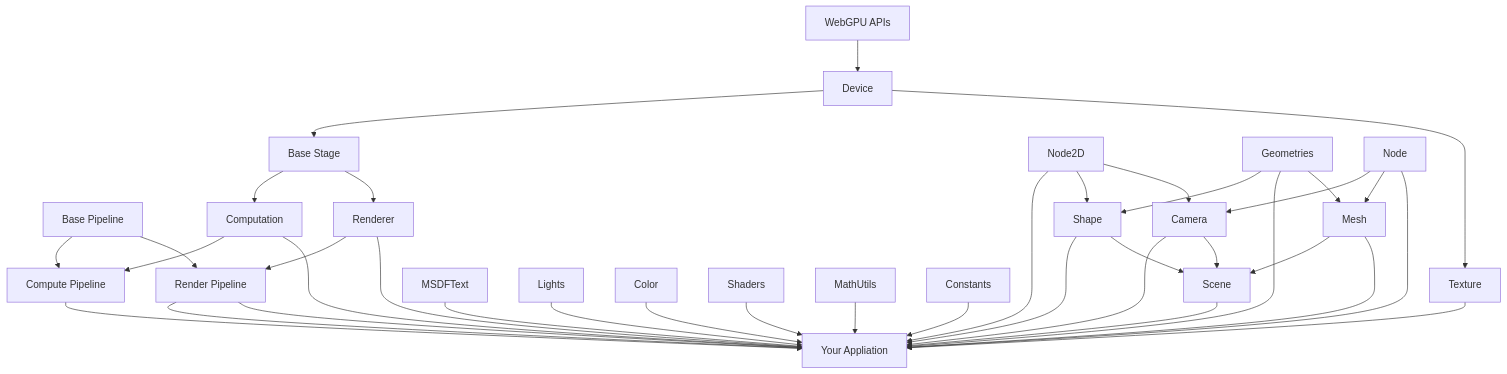
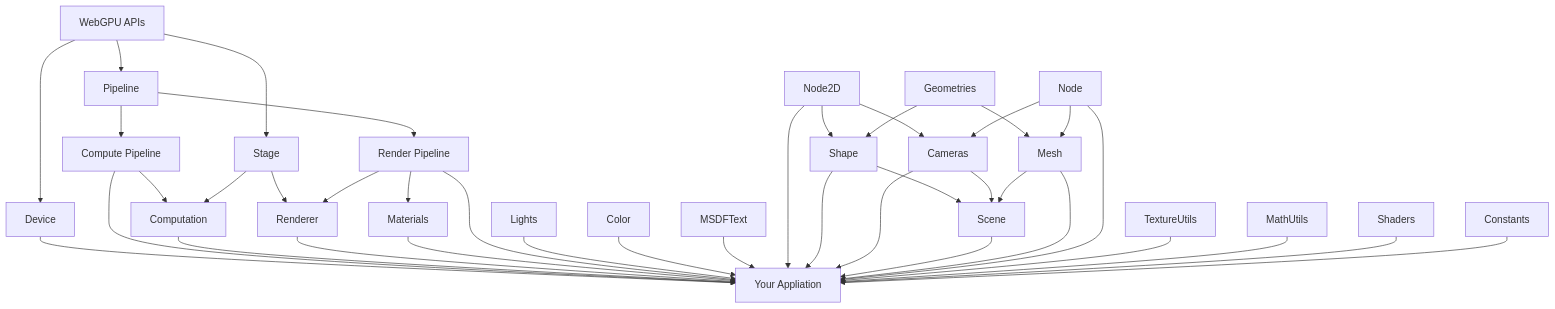
One commit to UstymUkhman/uwal changed the diagram in README.md. Above: the diagram before and after it, drawn with Mermaid. The commit also changed other lines of this file, not shown here.

Commit message:
Readme Updates

````diff
--- a/README.md
+++ b/README.md
@@ -65,62 +65,63 @@
 ```mermaid
 flowchart TD
   GPU[WebGPU APIs]
-  DEV[Device]
-  APP[Your Appliation]
-
-  BP[Base Pipeline]
+  P[Pipeline]
   CP[Compute Pipeline]
   RP[Render Pipeline]
-  BS[Base Stage]
-  COMP[Computation]
-  RNDR[Renderer]
-  TEX[Texture]
+  S[Stage]
+  C[Computation]
+  R[Renderer]
+  MAT[Materials]
+  APP[Your Appliation]
+  DEV[Device]
 
   GPU  --> DEV
-  DEV  --> BS
-  DEV  --> TEX
-  BS   --> COMP
-  BS   --> RNDR
-  COMP --> CP
-  COMP --> APP
-  BP   --> CP
-  BP   --> RP
+  DEV  --> APP
+  GPU  --> P
+  GPU  --> S
+  P    --> CP
+  P    --> RP
+  CP   --> C
+  S    --> C
+  S    --> R
+  RP   --> R
+  RP   --> MAT
   CP   --> APP
+  C    --> APP
+  R    --> APP
+  MAT  --> APP
   RP   --> APP
-  RNDR --> RP
-  RNDR --> APP
+
+  Lights   --> APP
+  Color    --> APP
+  MSDFText --> APP
 
   ND2[Node2D]
   GEO[Geometries]
   ND[Node]
-  CAM[Camera]
+  CAM[Cameras]
   SHP[Shape]
   MESH[Mesh]
   SCN[Scene]
 
   ND2  --> APP
   ND2  --> SHP
   ND2  --> CAM
   GEO  --> SHP
-  GEO  --> APP
   GEO  --> MESH
   ND   --> CAM
   ND   --> MESH
-  ND   --> APP
   SHP  --> APP
   SHP  --> SCN
-  MESH --> SCN
-  MESH --> APP
   CAM  --> APP
   CAM  --> SCN
-  RP   --> APP
-  TEX  --> APP
+  MESH --> SCN
   SCN  --> APP
+  MESH --> APP
+  ND   --> APP
 
-  TXT[MSDFText]    --> APP
-  LGHT[Lights]     --> APP
-  COL[Color]       --> APP
-  SHDS[Shaders]    --> APP
-  MATH[MathUtils]  --> APP
-  CONST[Constants] --> APP
+  TextureUtils --> APP
+  MathUtils    --> APP
+  Shaders      --> APP
+  Constants    --> APP
 ```
````
